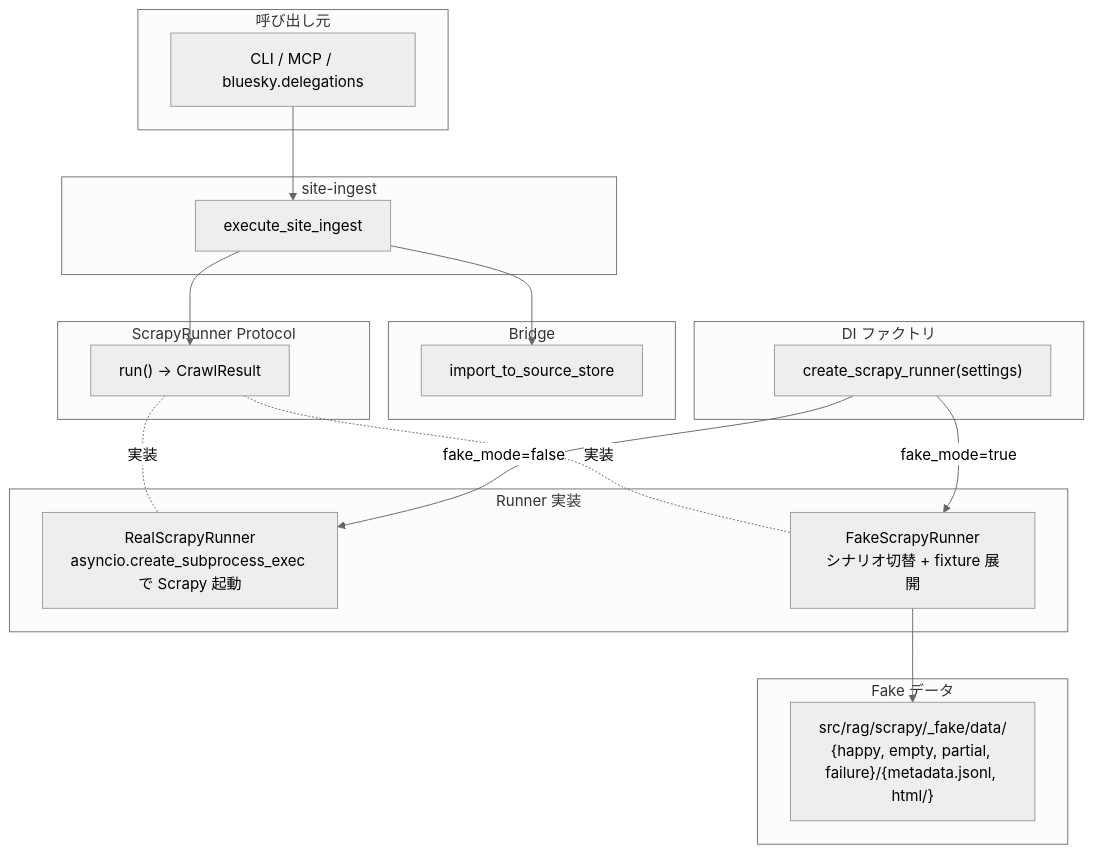
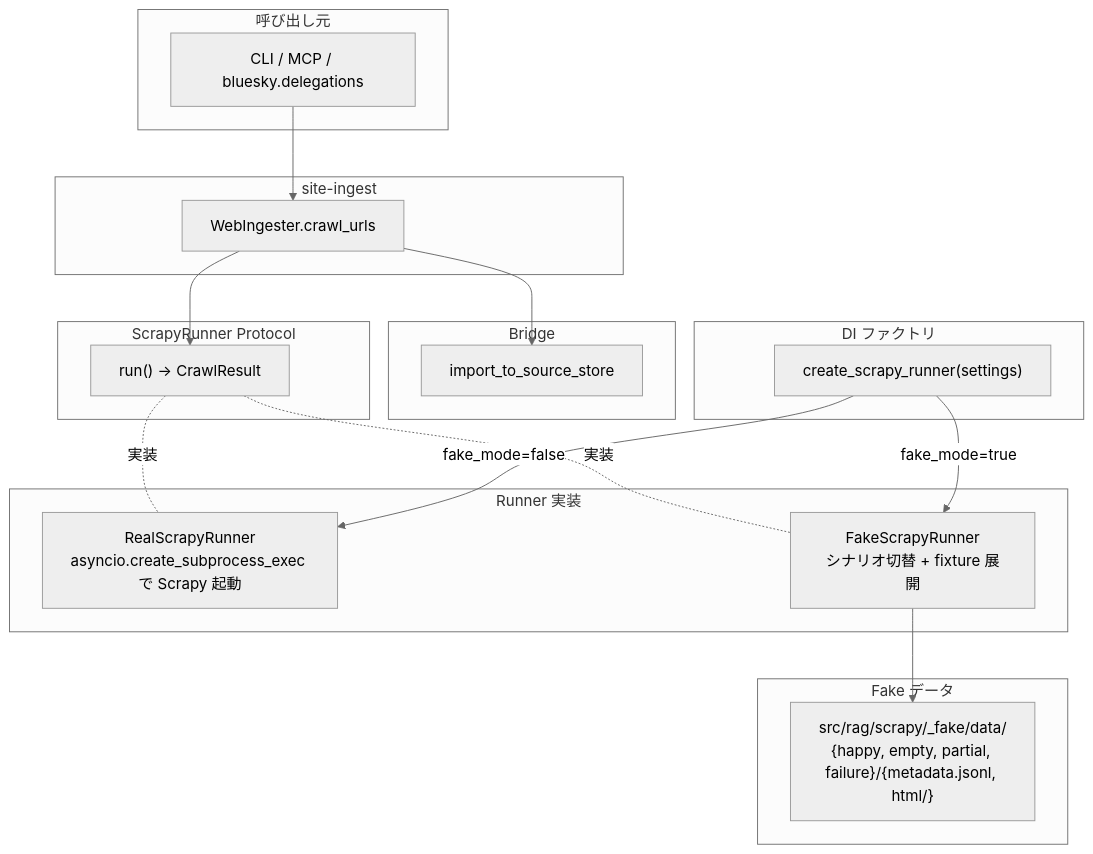
One commit to becky3/rag-knowledge changed the diagram in docs/specs/infrastructure/fake-adapters/scrapy.md. Above: the diagram before and after it, drawn with Mermaid (neutral theme). The commit also changed other lines of this file and 17 other files, not shown here.

````diff
--- a/docs/specs/infrastructure/fake-adapters/scrapy.md
+++ b/docs/specs/infrastructure/fake-adapters/scrapy.md
@@ -144,40 +146,40 @@
 ```mermaid
 flowchart TB
     subgraph Caller["呼び出し元"]
         CLI["CLI / MCP / bluesky.delegations"]
     end
 
     subgraph Runner["site-ingest"]
-        EXEC["execute_site_ingest"]
+        EXEC["WebIngester.crawl_urls"]
     end
 
     subgraph Protocol["ScrapyRunner Protocol"]
         PROTO["run() -> CrawlResult"]
     end
 
     subgraph Implementations["Runner 実装"]
         REAL["RealScrapyRunner<br/>asyncio.create_subprocess_exec で Scrapy 起動"]
         FAKE["FakeScrapyRunner<br/>シナリオ切替 + fixture 展開"]
     end
 
     subgraph Bridge["Bridge"]
         BRIDGE["import_to_source_store"]
     end
 
     subgraph Data["Fake データ"]
         DATA["src/rag/scrapy/_fake/data/<br/>{happy, empty, partial, failure}/{metadata.jsonl, html/}"]
     end
 
     subgraph Factory["DI ファクトリ"]
         FAC["create_scrapy_runner(settings)"]
     end
 
     CLI --> EXEC
     EXEC --> PROTO
     PROTO -.実装.- REAL
     PROTO -.実装.- FAKE
     FAKE --> DATA
     EXEC --> BRIDGE
     FAC -->|fake_mode=true| FAKE
     FAC -->|fake_mode=false| REAL
 ```
````
